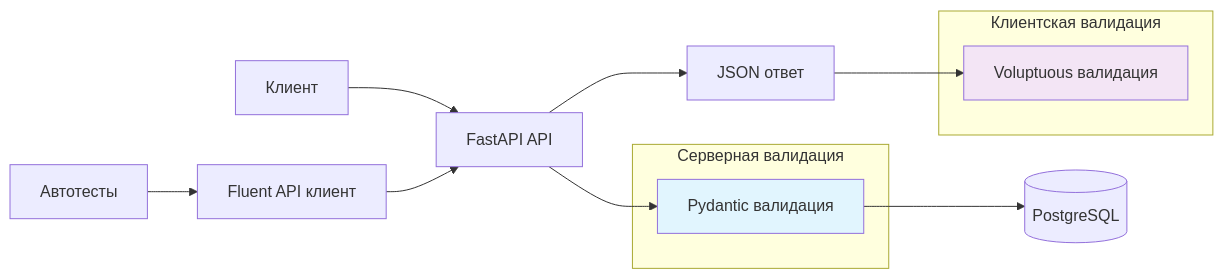
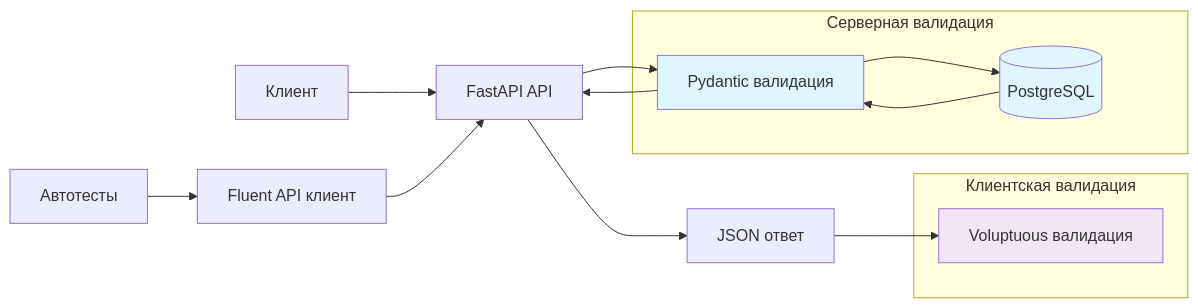
Before and after one commit to Badx86/python_advanced: the diagram in README.md, drawn with Mermaid.

Commit message:
fix: mermaid scheme

````diff
--- a/README.md
+++ b/README.md
@@ -27,20 +27,27 @@
 ```mermaid
 graph LR
     Client[Клиент] --> API[FastAPI API]
     API --> Pydantic[Pydantic валидация]
     Pydantic --> DB[(PostgreSQL)]
+    
     Tests[Автотесты] --> FluentAPI[Fluent API клиент]
     FluentAPI --> API
     API --> Response[JSON ответ]
     Response --> Voluptuous[Voluptuous валидация]
-
+    
+    %% Обратный поток тоже через Pydantic
+    DB --> Pydantic
+    Pydantic --> API
+    
     subgraph "Серверная валидация"
         Pydantic
-        style Pydantic fill: #e1f5fe
+        DB
+        style Pydantic fill:#e1f5fe
+        style DB fill:#e1f5fe
     end
-
-    subgraph "Клиентская валидация"
+    
+    subgraph "Клиентская валидация"  
         Voluptuous
-        style Voluptuous fill: #f3e5f5
+        style Voluptuous fill:#f3e5f5
     end
 ```
````
